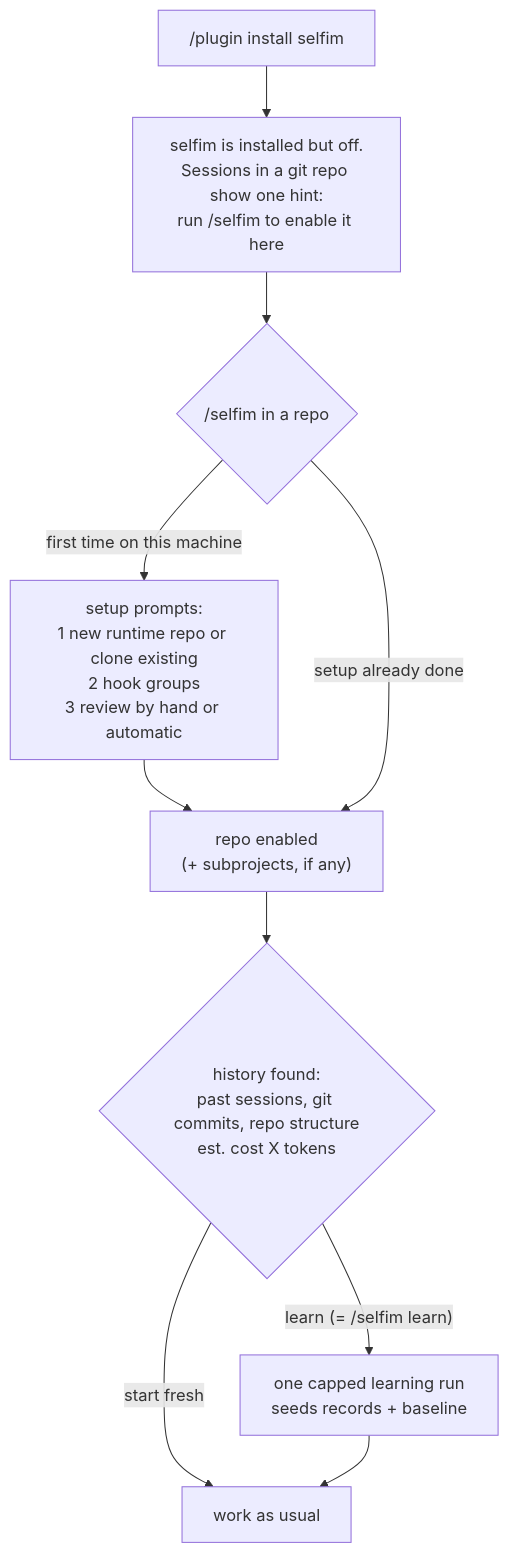
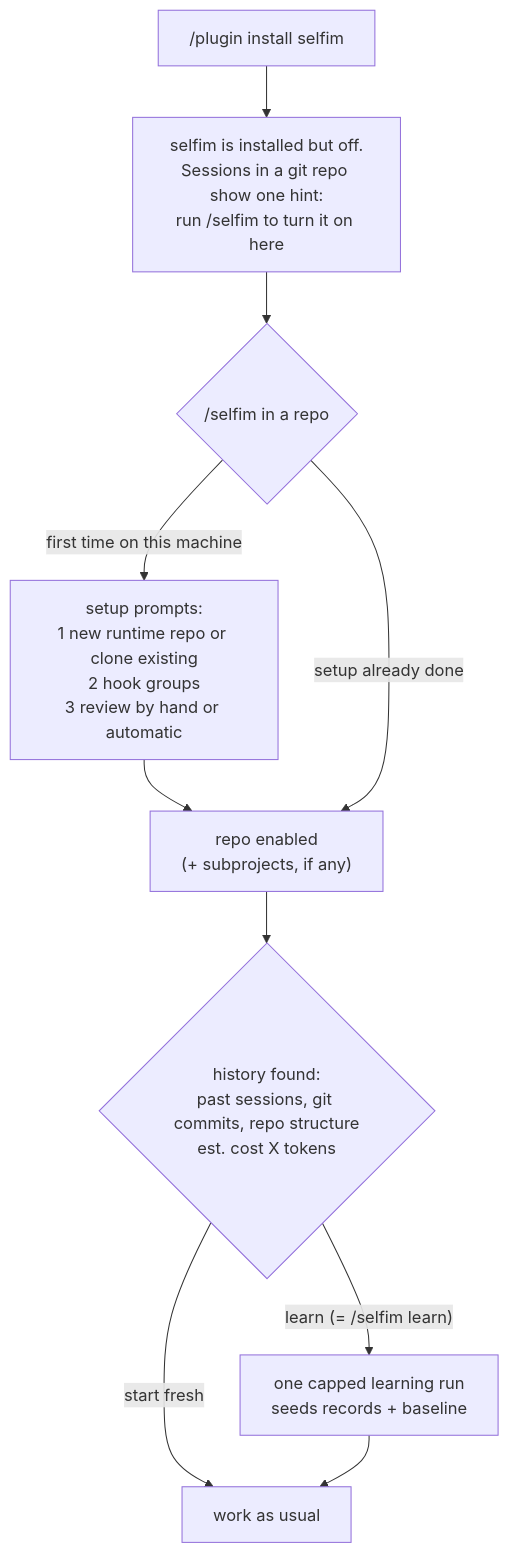
Before and after one commit to Juansasa/supermem: the first of 5 diagrams in self-improvements/README.md, drawn with Mermaid. The commit also changed other lines of this file and 10 other files, not shown here.

````diff
--- a/self-improvements/README.md
+++ b/self-improvements/README.md
@@ -31,12 +31,12 @@
 ```mermaid
 flowchart TD
-  I["/plugin install selfim"] --> D["selfim is installed but off.<br/>Sessions in a git repo show one hint:<br/>run /selfim to enable it here"]
+  I["/plugin install selfim"] --> D["selfim is installed but off.<br/>Sessions in a git repo show one hint:<br/>run /selfim to turn it on here"]
   D --> F{"/selfim in a repo"}
   F -- "first time on this machine" --> S["setup prompts:<br/>1 new runtime repo or clone existing<br/>2 hook groups<br/>3 review by hand or automatic"]
   S --> E["repo enabled<br/>(+ subprojects, if any)"]
   F -- "setup already done" --> E
   E --> B{"history found:<br/>past sessions, git commits, repo structure<br/>est. cost X tokens"}
   B -- "learn (= /selfim learn)" --> R["one capped learning run<br/>seeds records + baseline"]
   B -- "start fresh" --> W["work as usual"]
   R --> W
 ```
````
